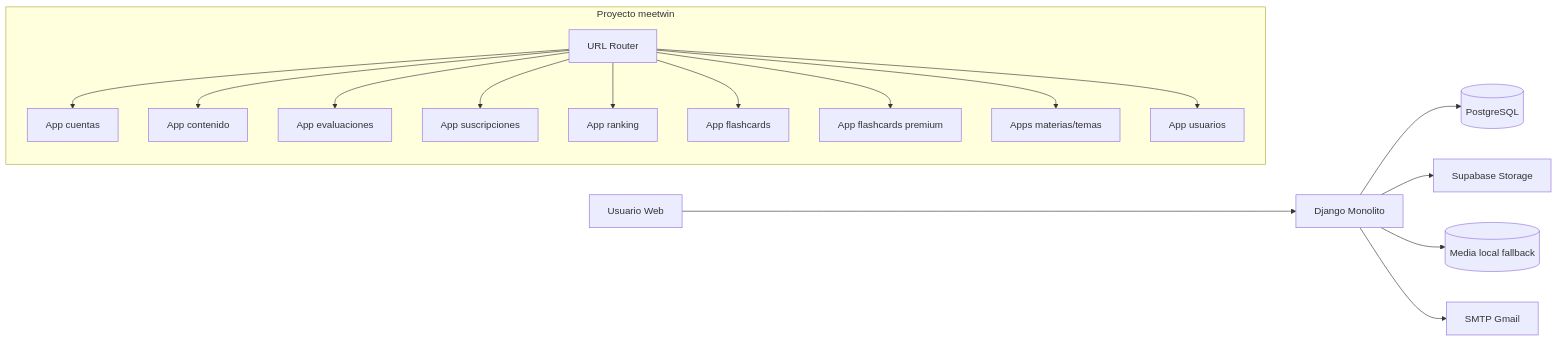
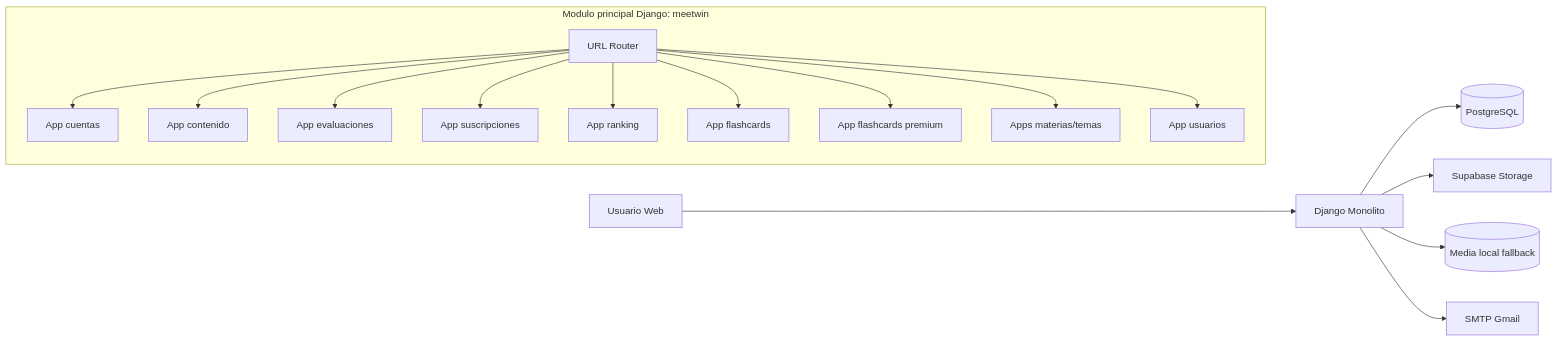
Before and after one commit to Guilder23/Sistema-MepPred: the first of 4 diagrams in INFORME_TECNICO_SISTEMA.md, drawn with Mermaid. The commit also changed other lines of this file and 1 other file, not shown here.

````diff
--- a/INFORME_TECNICO_SISTEMA.md
+++ b/INFORME_TECNICO_SISTEMA.md
@@ -64,32 +65,32 @@
 ```mermaid
 flowchart LR
     U[Usuario Web] --> DJ[Django Monolito]
 
-    subgraph DJM[Proyecto meetwin]
+    subgraph DJM[Modulo principal Django: meetwin]
       URL[URL Router]
       CU[App cuentas]
       CO[App contenido]
       EV[App evaluaciones]
       SU[App suscripciones]
       RA[App ranking]
       FL[App flashcards]
       FP[App flashcards premium]
       MA[Apps materias/temas]
       US[App usuarios]
     end
 
     URL --> CU
     URL --> CO
     URL --> EV
     URL --> SU
     URL --> RA
     URL --> FL
     URL --> FP
     URL --> MA
     URL --> US
 
     DJ --> DB[(PostgreSQL)]
     DJ --> ST[Supabase Storage]
     DJ --> ML[(Media local fallback)]
     DJ --> SM[SMTP Gmail]
 ```
````
